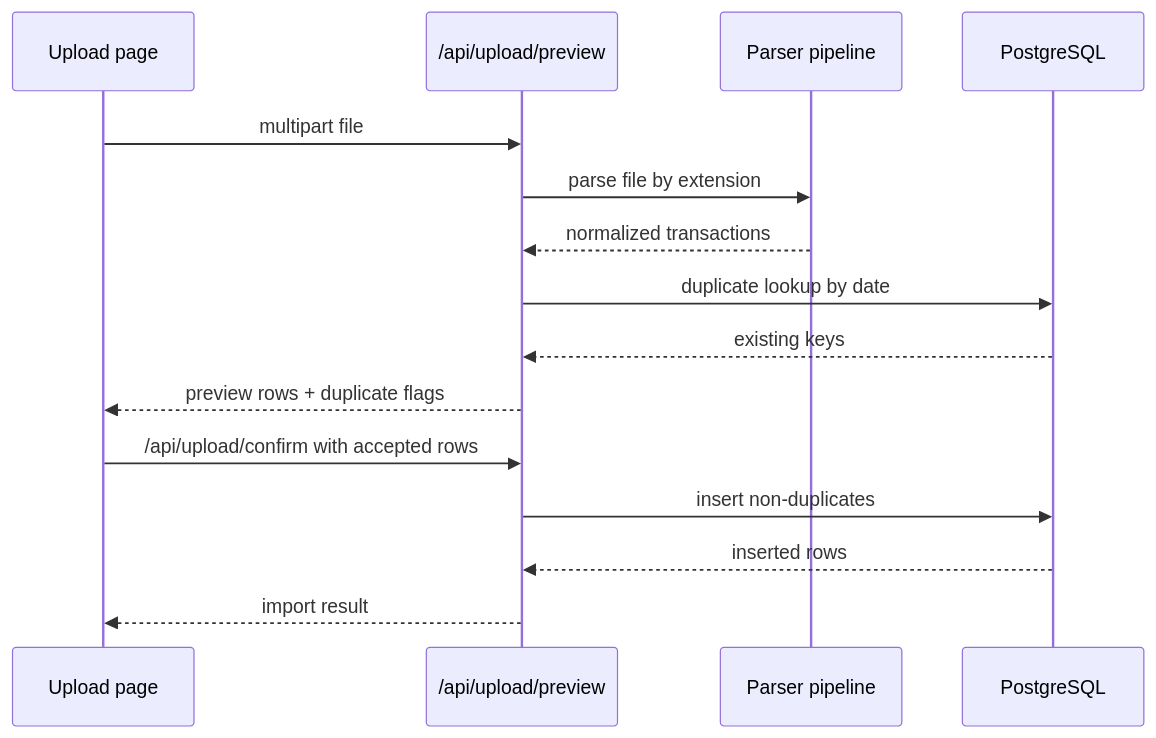
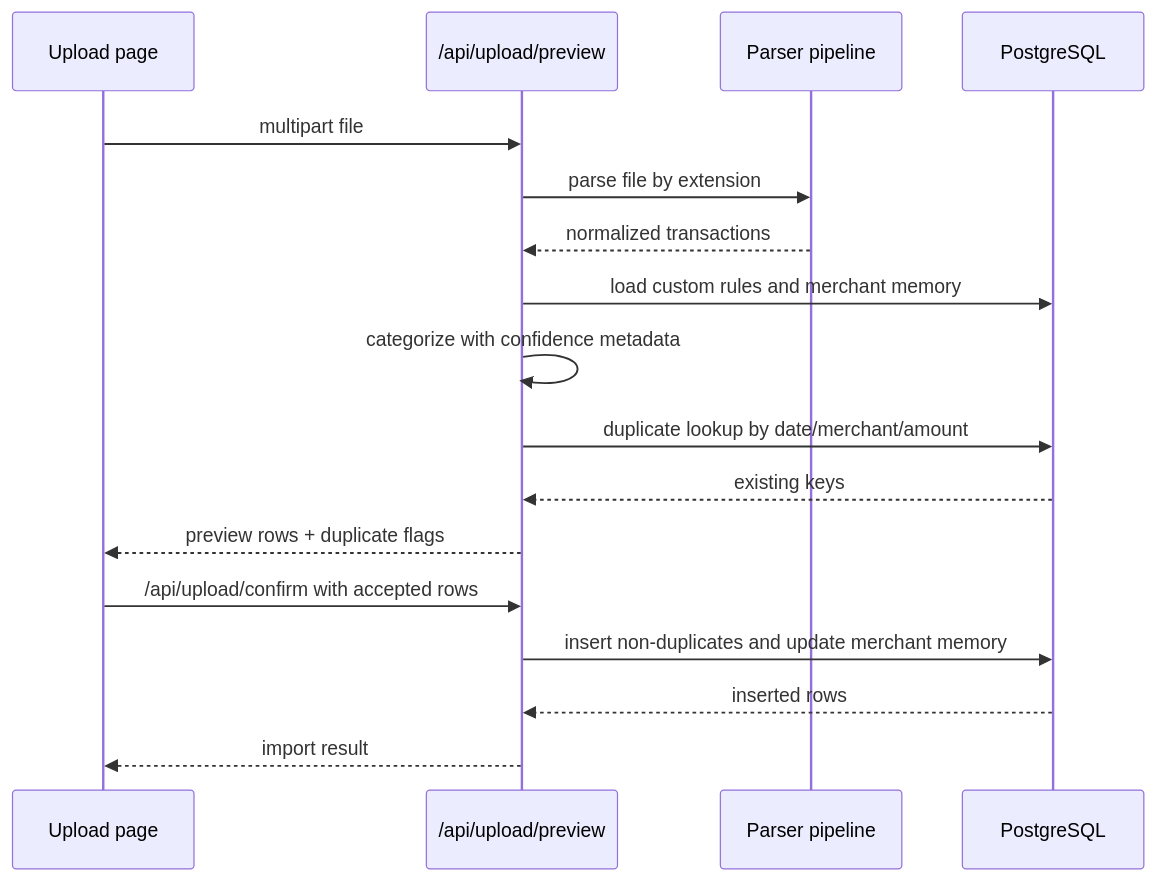
Before and after one commit to dosphanes09/finance-manager: the second of 2 diagrams in docs/ARCHITECTURE.md, drawn with Mermaid. The commit also changed other lines of this file and 29 other files, not shown here.

````diff
--- a/docs/ARCHITECTURE.md
+++ b/docs/ARCHITECTURE.md
@@ -135,18 +160,20 @@
 ```mermaid
 sequenceDiagram
   participant UI as Upload page
   participant API as /api/upload/preview
   participant Parser as Parser pipeline
   participant DB as PostgreSQL
 
   UI->>API: multipart file
   API->>Parser: parse file by extension
   Parser-->>API: normalized transactions
-  API->>DB: duplicate lookup by date
+  API->>DB: load custom rules and merchant memory
+  API->>API: categorize with confidence metadata
+  API->>DB: duplicate lookup by date/merchant/amount
   DB-->>API: existing keys
   API-->>UI: preview rows + duplicate flags
   UI->>API: /api/upload/confirm with accepted rows
-  API->>DB: insert non-duplicates
+  API->>DB: insert non-duplicates and update merchant memory
   DB-->>API: inserted rows
   API-->>UI: import result
 ```
````
